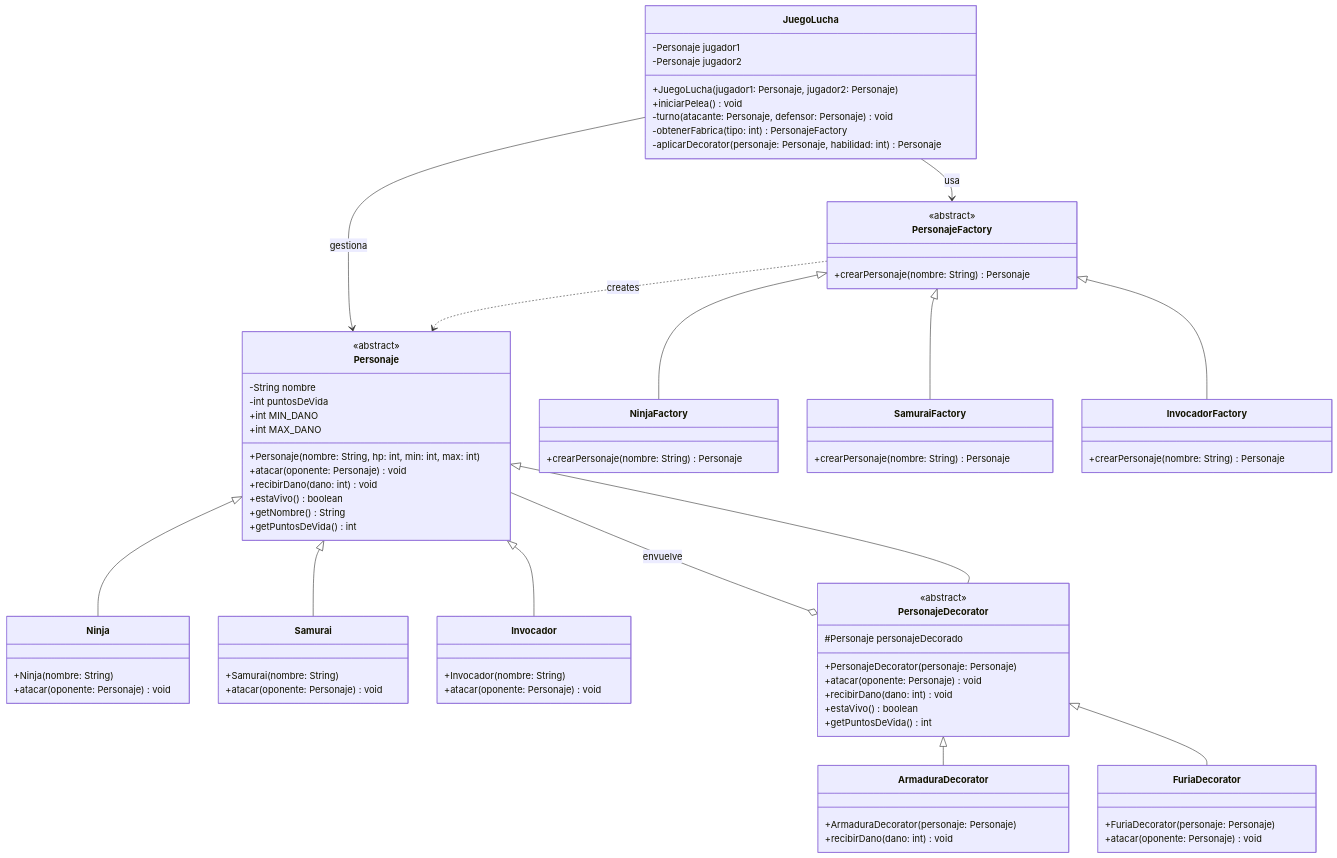
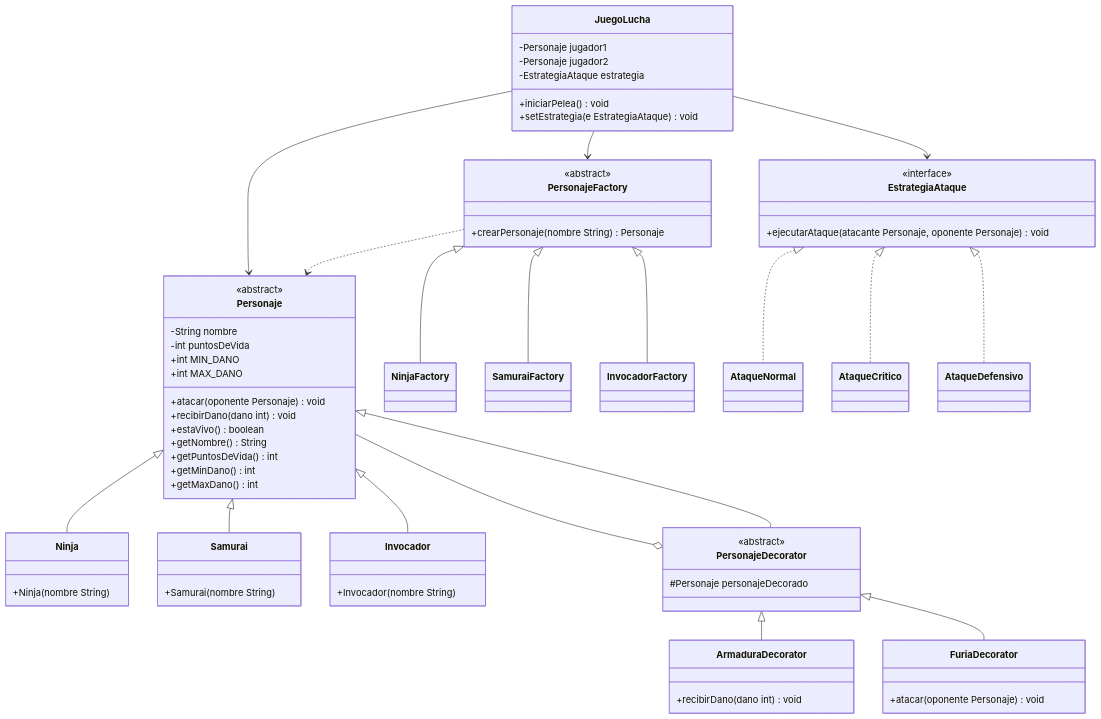
One commit to CristhGarces/JuegoLucha-POO changed the diagram in README.md. Above: the diagram before and after it, drawn with Mermaid. The commit also changed other lines of this file, not shown here.

````diff
--- a/README.md
+++ b/README.md
@@ -56,90 +113,68 @@
         -int puntosDeVida
         +int MIN_DANO
         +int MAX_DANO
-        +Personaje(nombre: String, hp: int, min: int, max: int)
-        +atacar(oponente: Personaje) void
-        +recibirDano(dano: int) void
+        +atacar(oponente Personaje) void
+        +recibirDano(dano int) void
         +estaVivo() boolean
         +getNombre() String
         +getPuntosDeVida() int
+        +getMinDano() int
+        +getMaxDano() int
     }
 
-    class Ninja {
-        +Ninja(nombre: String)
-        +atacar(oponente: Personaje) void
-    }
-
-    class Samurai {
-        +Samurai(nombre: String)
-        +atacar(oponente: Personaje) void
-    }
-
-    class Invocador {
-        +Invocador(nombre: String)
-        +atacar(oponente: Personaje) void
-    }
+    class Ninja { +Ninja(nombre String) }
+    class Samurai { +Samurai(nombre String) }
+    class Invocador { +Invocador(nombre String) }
 
     class PersonajeDecorator {
         <<abstract>>
         #Personaje personajeDecorado
-        +PersonajeDecorator(personaje: Personaje)
-        +atacar(oponente: Personaje) void
-        +recibirDano(dano: int) void
-        +estaVivo() boolean
-        +getPuntosDeVida() int
     }
 
-    class ArmaduraDecorator {
-        +ArmaduraDecorator(personaje: Personaje)
-        +recibirDano(dano: int) void
-    }
-
-    class FuriaDecorator {
-        +FuriaDecorator(personaje: Personaje)
-        +atacar(oponente: Personaje) void
-    }
+    class ArmaduraDecorator { +recibirDano(dano int) void }
+    class FuriaDecorator { +atacar(oponente Personaje) void }
 
     class PersonajeFactory {
         <<abstract>>
-        +crearPersonaje(nombre: String) Personaje
+        +crearPersonaje(nombre String) Personaje
     }
 
-    class NinjaFactory {
-        +crearPersonaje(nombre: String) Personaje
+    class NinjaFactory
+    class SamuraiFactory
+    class InvocadorFactory
+
+    class EstrategiaAtaque {
+        <<interface>>
+        +ejecutarAtaque(atacante Personaje, oponente Personaje) void
     }
 
-    class SamuraiFactory {
-        +crearPersonaje(nombre: String) Personaje
-    }
-
-    class InvocadorFactory {
-        +crearPersonaje(nombre: String) Personaje
-    }
+    class AtaqueNormal
+    class AtaqueCritico
+    class AtaqueDefensivo
 
     class JuegoLucha {
         -Personaje jugador1
         -Personaje jugador2
-        +JuegoLucha(jugador1: Personaje, jugador2: Personaje)
+        -EstrategiaAtaque estrategia
         +iniciarPelea() void
-        -turno(atacante: Personaje, defensor: Personaje) void
-        -obtenerFabrica(tipo: int) PersonajeFactory
-        -aplicarDecorator(personaje: Personaje, habilidad: int) Personaje
+        +setEstrategia(e EstrategiaAtaque) void
     }
 
     Personaje <|-- Ninja
     Personaje <|-- Samurai
     Personaje <|-- Invocador
     Personaje <|-- PersonajeDecorator
-
     PersonajeDecorator <|-- ArmaduraDecorator
     PersonajeDecorator <|-- FuriaDecorator
-    PersonajeDecorator o-- Personaje : envuelve
-
+    PersonajeDecorator o-- Personaje
     PersonajeFactory <|-- NinjaFactory
     PersonajeFactory <|-- SamuraiFactory
     PersonajeFactory <|-- InvocadorFactory
-
-    PersonajeFactory ..> Personaje : creates
-    JuegoLucha --> Personaje : gestiona
-    JuegoLucha --> PersonajeFactory : usa
+    PersonajeFactory ..> Personaje
+    EstrategiaAtaque <|.. AtaqueNormal
+    EstrategiaAtaque <|.. AtaqueCritico
+    EstrategiaAtaque <|.. AtaqueDefensivo
+    JuegoLucha --> Personaje
+    JuegoLucha --> EstrategiaAtaque
+    JuegoLucha --> PersonajeFactory
 ```
````
